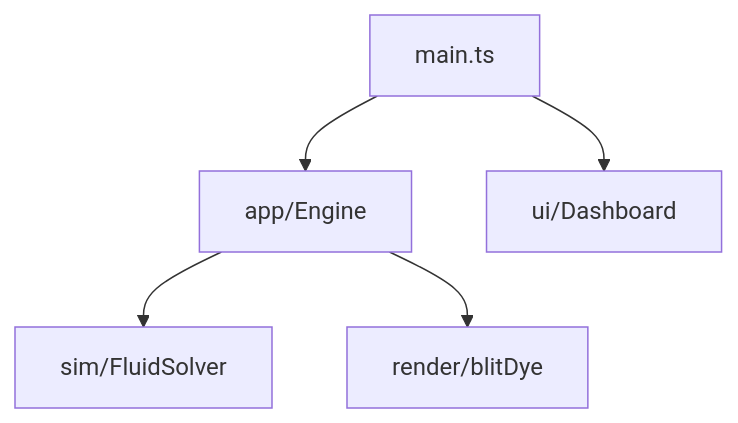
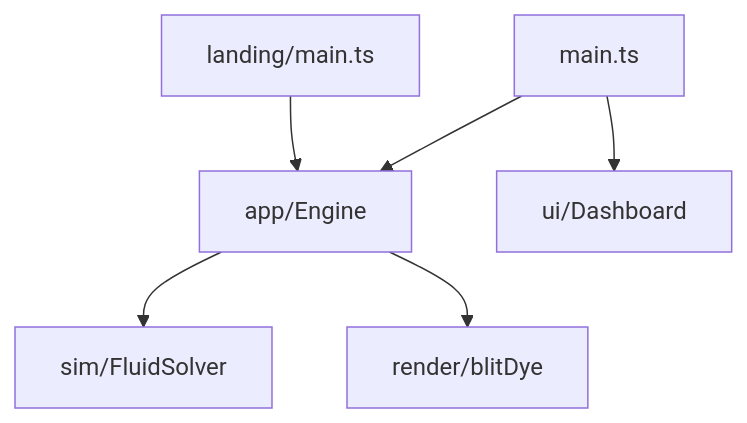
The diagram in src/README.md (luandev/fluid-wallpaper), drawn with Mermaid before and after one commit. The commit also changed other lines of this file and 14 other files, not shown here.

````diff
--- a/src/README.md
+++ b/src/README.md
@@ -9,12 +11,14 @@
 ```mermaid
 flowchart TD
   main[main.ts]
+  landing[landing/main.ts]
   engine[app/Engine]
   ui[ui/Dashboard]
   solver[sim/FluidSolver]
   display[render/blitDye]
   main --> engine
   main --> ui
+  landing --> engine
   engine --> solver
   engine --> display
 ```
````
